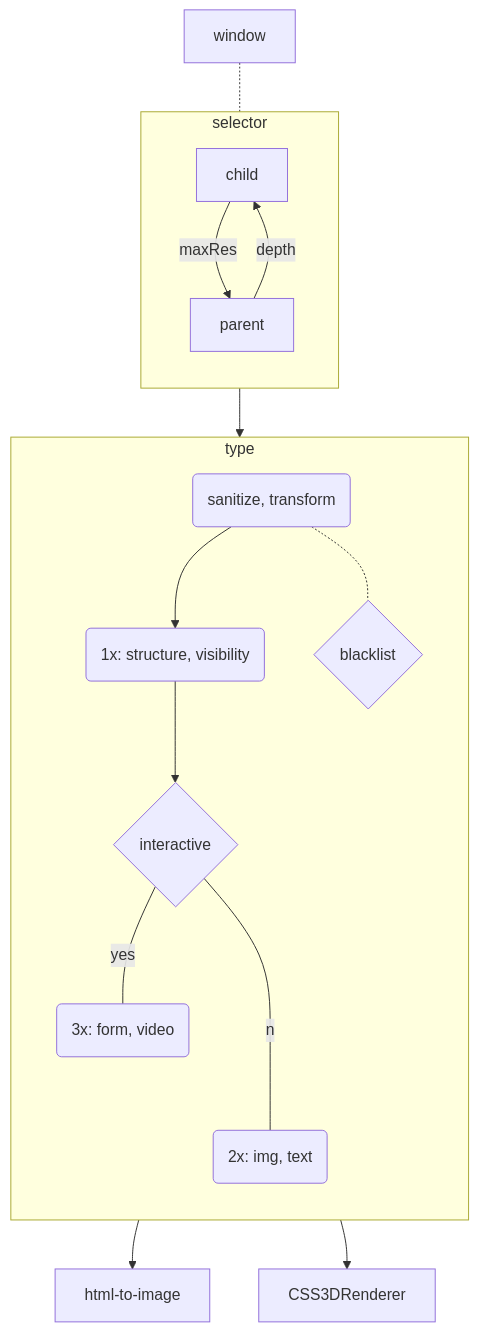
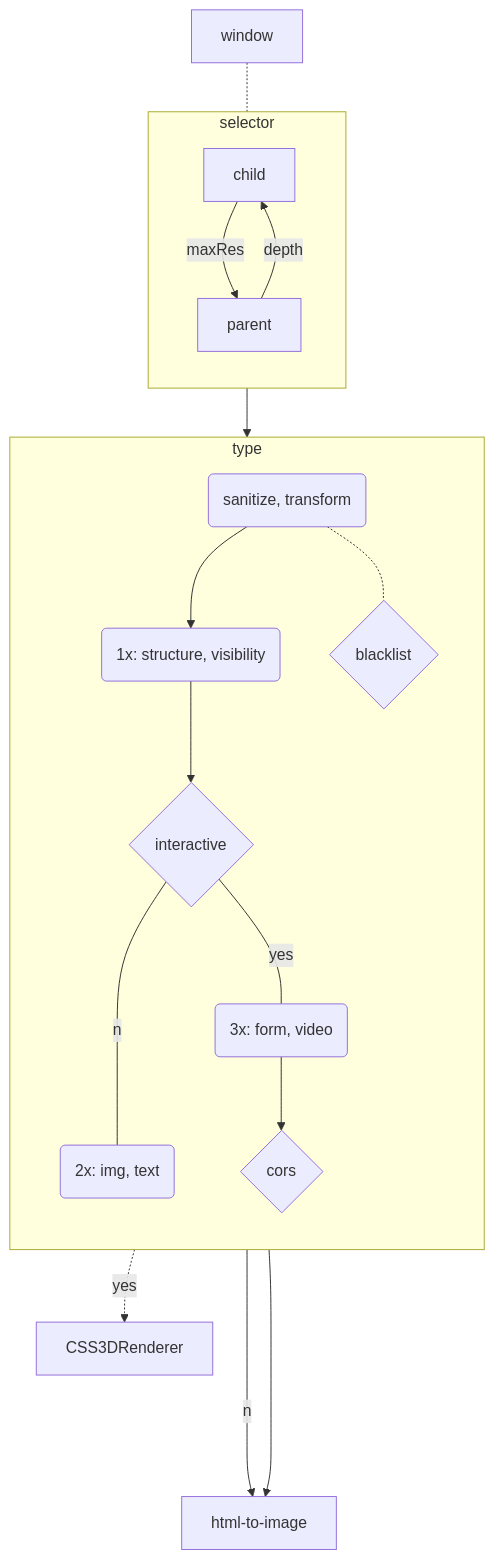
The diagram in README.md (KurtPachinger/mpos-precept), drawn with Mermaid before and after one commit. The commit also changed other lines of this file, not shown here.

````diff
--- a/README.md
+++ b/README.md
@@ -8,25 +22,28 @@
 ```mermaid
 flowchart TB
 
 window-.-selector
 subgraph selector
  direction TB
  child--maxRes-->parent
  parent--depth-->child
 end
 
 grade("sanitize, transform")
 selector-->grade-->a
 
 subgraph type
   direction TB
   a("1x: structure, visibility")
   grade-.-tag{blacklist}
   a-->b{interactive}
   b--no---poster("2x: img, text")
   b--yes---native("3x: form, video")
+  native-->c{cors}
 end
 
+c-.yes-.->CSS3DRenderer
+c--no--->html-to-image
 poster-->html-to-image
-native-->CSS3DRenderer
+
 ```
````
